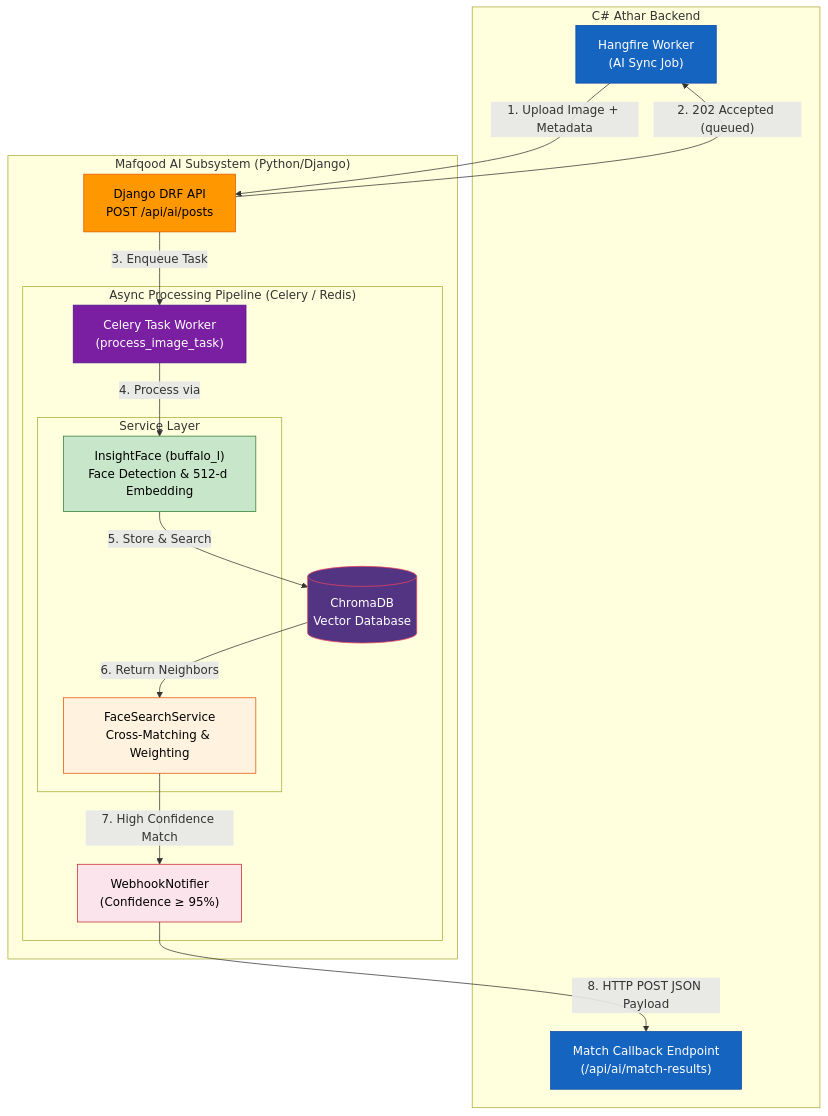
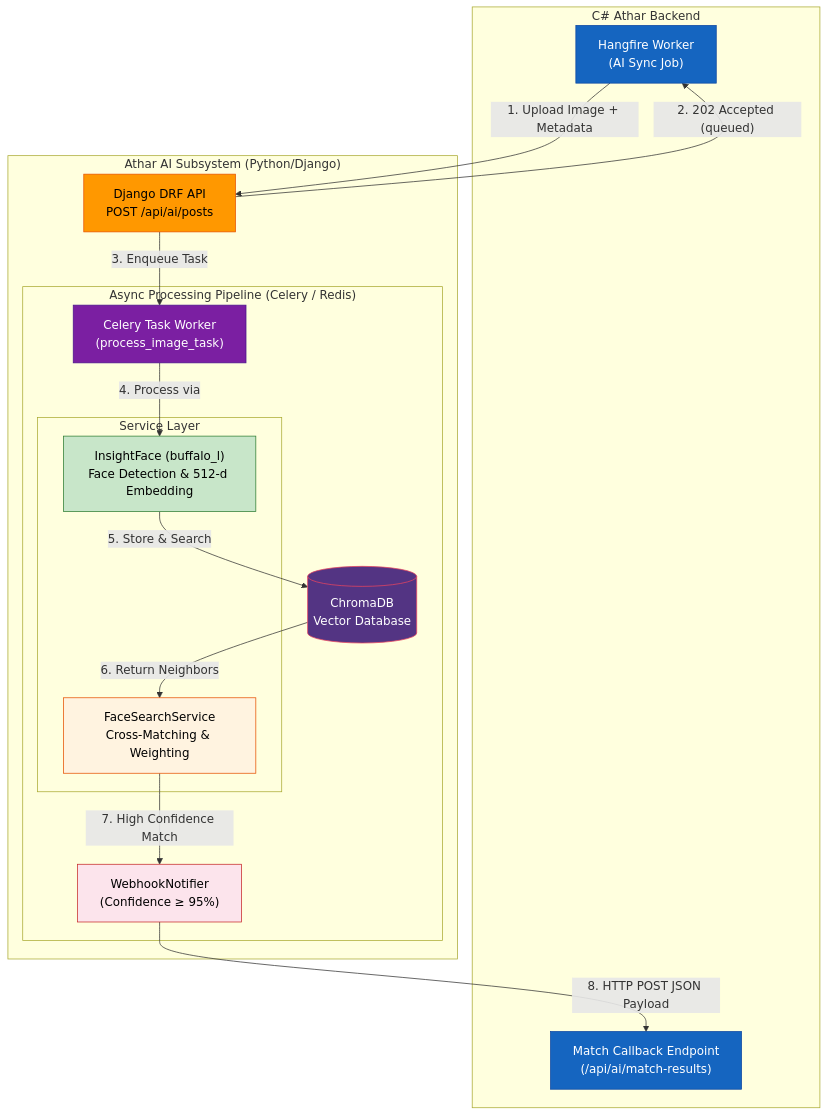
Before and after one commit to blackeagle686/mafqood-ai: the seventh of 9 diagrams in arch.md, drawn with Mermaid. The commit also changed other lines of this file, not shown here.

````diff
--- a/arch.md
+++ b/arch.md
@@ -731,44 +731,44 @@
 ```mermaid
 flowchart TD
     %% Styling
     style CSHARP fill:#1565c0,stroke:#0d47a1,color:#fff
     style CSHARP_CB fill:#1565c0,stroke:#0d47a1,color:#fff
     style DRF fill:#ff9800,stroke:#e65100,color:#000
     style CELERY fill:#7b1fa2,stroke:#4a148c,color:#fff
     style CV fill:#c8e6c9,stroke:#2e7d32,color:#000
     style SEARCH fill:#fff3e0,stroke:#e65100,color:#000
     style VDB fill:#533483,stroke:#e94560,color:#fff
     style WHK fill:#fce4ec,stroke:#c62828,color:#000
     
     subgraph "C# Athar Backend"
         CSHARP["Hangfire Worker<br/>(AI Sync Job)"]
         CSHARP_CB["Match Callback Endpoint<br/>(/api/ai/match-results)"]
     end
 
-    subgraph "Mafqood AI Subsystem (Python/Django)"
+    subgraph "Athar AI Subsystem (Python/Django)"
         DRF["Django DRF API<br/>POST /api/ai/posts"]
         
         subgraph "Async Processing Pipeline (Celery / Redis)"
             CELERY["Celery Task Worker<br/>(process_image_task)"]
             
             subgraph "Service Layer"
                 CV["InsightFace (buffalo_l)<br/>Face Detection & 512-d Embedding"]
                 SEARCH["FaceSearchService<br/>Cross-Matching & Weighting"]
             end
             
             VDB[("ChromaDB<br/>Vector Database")]
             WHK["WebhookNotifier<br/>(Confidence ≥ 95%)"]
         end
     end
 
     %% Flow Paths
     CSHARP -- "1. Upload Image + Metadata" --> DRF
     DRF -- "2. 202 Accepted (queued)" --> CSHARP
     
     DRF -- "3. Enqueue Task" --> CELERY
     CELERY -- "4. Process via" --> CV
     CV -- "5. Store & Search" --> VDB
     VDB -- "6. Return Neighbors" --> SEARCH
     SEARCH -- "7. High Confidence Match" --> WHK
     WHK -- "8. HTTP POST JSON Payload" --> CSHARP_CB
 ```
````
